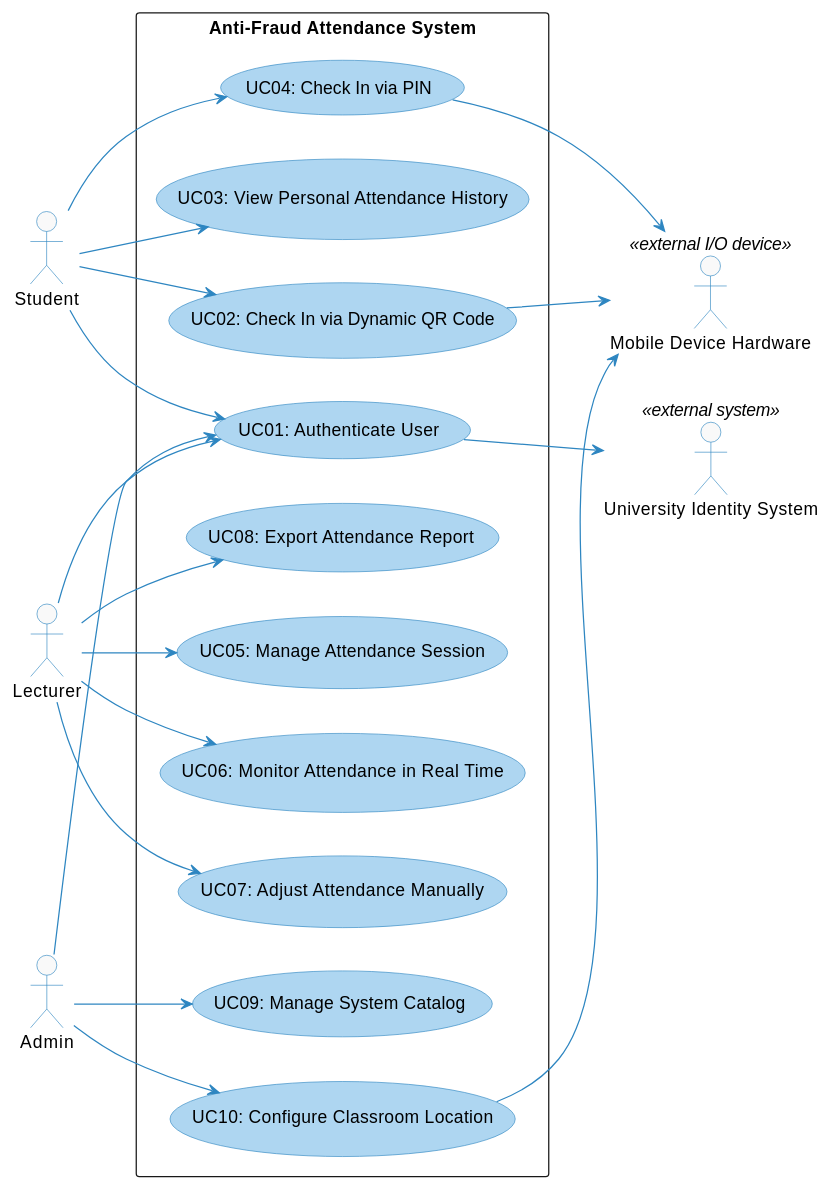
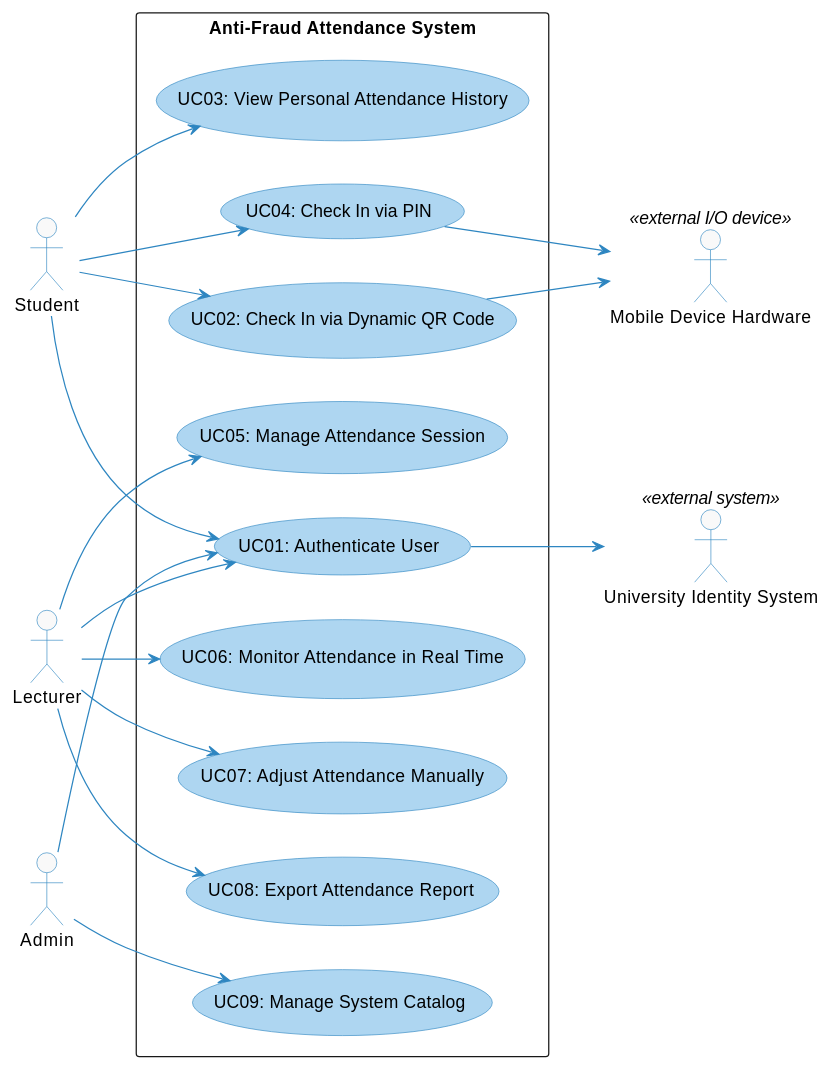
The second of 6 diagrams in docs/rds/1_Requirement.md (nttung42/SWD392), drawn with PlantUML before and after one commit. The commit also changed other lines of this file and 2 other files, not shown here.

````diff
--- a/docs/rds/1_Requirement.md
+++ b/docs/rds/1_Requirement.md
@@ -160,50 +159,47 @@
 ```plantuml
 @startuml Overview_Use_Case_Diagram
 left to right direction
 skinparam ActorBackgroundColor #F9F9F9
 skinparam ActorBorderColor #2E86C1
 skinparam UseCaseBackgroundColor #AED6F1
 skinparam UseCaseBorderColor #2E86C1
 skinparam ArrowColor #2E86C1
 
 actor Student
 actor Lecturer
 actor Admin
 actor "University Identity System" as UIS <<external system>>
 actor "Mobile Device Hardware" as MDH <<external I/O device>>
 
 rectangle "Anti-Fraud Attendance System" as AFAS {
     usecase "UC01: Authenticate User" as UC01
     usecase "UC02: Check In via Dynamic QR Code" as UC02
     usecase "UC03: View Personal Attendance History" as UC03
     usecase "UC04: Check In via PIN" as UC04
     usecase "UC05: Manage Attendance Session" as UC05
     usecase "UC06: Monitor Attendance in Real Time" as UC06
     usecase "UC07: Adjust Attendance Manually" as UC07
     usecase "UC08: Export Attendance Report" as UC08
     usecase "UC09: Manage System Catalog" as UC09
-    usecase "UC10: Configure Classroom Location" as UC10
 }
 
 Student --> UC01
 Student --> UC02
 Student --> UC03
 Student --> UC04
 
 Lecturer --> UC01
 Lecturer --> UC05
 Lecturer --> UC06
 Lecturer --> UC07
 Lecturer --> UC08
 
 Admin --> UC01
 Admin --> UC09
-Admin --> UC10
 
 UC01 --> UIS
 UC02 --> MDH
 UC04 --> MDH
-UC10 --> MDH
 
 @enduml
 ```
````
